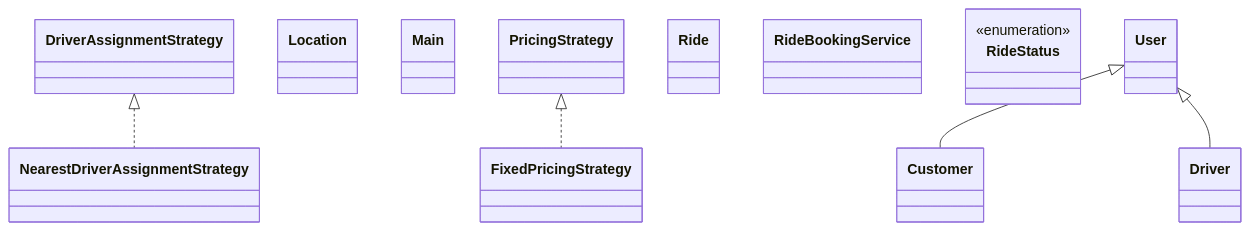
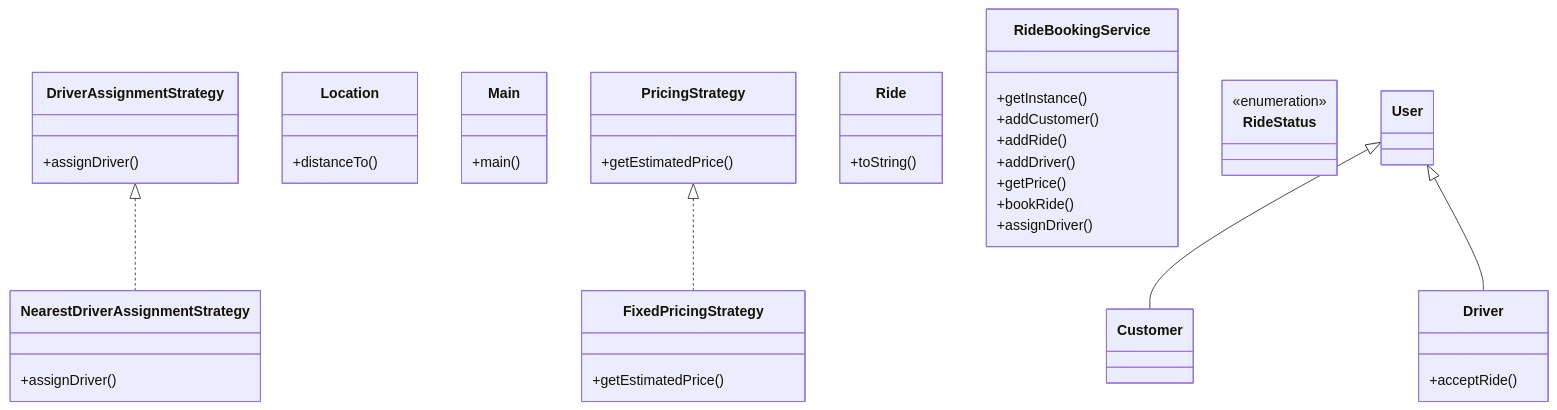
One commit to amanjaiswal30/dsa-solutions changed the diagram in questions/low_level_design/19_ride_booking_system_lld.md. Above: the diagram before and after it, drawn with Mermaid. The commit also changed other lines of this file and 210 other files, not shown here.

````diff
--- a/questions/low_level_design/19_ride_booking_system_lld.md
+++ b/questions/low_level_design/19_ride_booking_system_lld.md
@@ -54,21 +54,45 @@
 ```mermaid
 classDiagram
     class Customer
-    class Driver
-    class DriverAssignmentStrategy
-    class FixedPricingStrategy
-    class Location
-    class Main
-    class NearestDriverAssignmentStrategy
-    class PricingStrategy
-    class Ride
-    class RideBookingService
+    class Driver {
+        +acceptRide()
+    }
+    class DriverAssignmentStrategy {
+        +assignDriver()
+    }
+    class FixedPricingStrategy {
+        +getEstimatedPrice()
+    }
+    class Location {
+        +distanceTo()
+    }
+    class Main {
+        +main()
+    }
+    class NearestDriverAssignmentStrategy {
+        +assignDriver()
+    }
+    class PricingStrategy {
+        +getEstimatedPrice()
+    }
+    class Ride {
+        +toString()
+    }
+    class RideBookingService {
+        +getInstance()
+        +addCustomer()
+        +addRide()
+        +addDriver()
+        +getPrice()
+        +bookRide()
+        +assignDriver()
+    }
     class RideStatus {
         <<enumeration>>
     }
     class User
     User <|-- Customer
     User <|-- Driver
     PricingStrategy <|.. FixedPricingStrategy
     DriverAssignmentStrategy <|.. NearestDriverAssignmentStrategy
 ```
````
